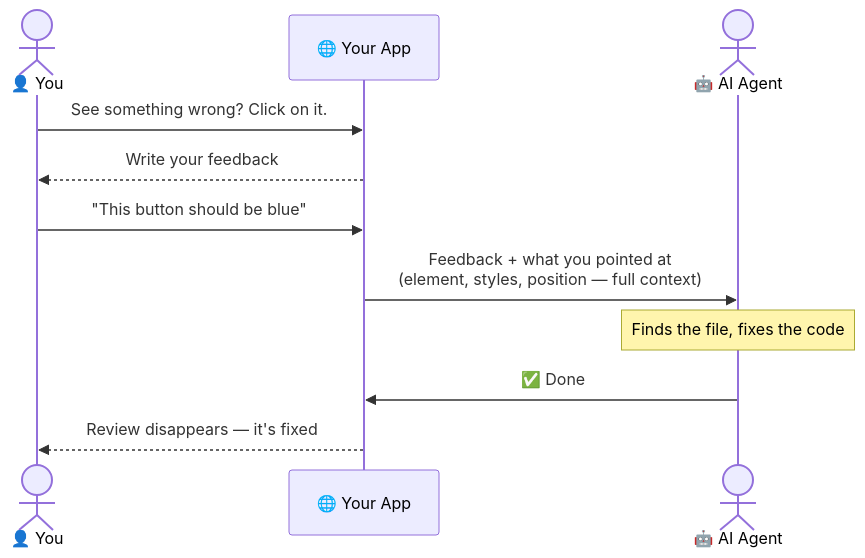
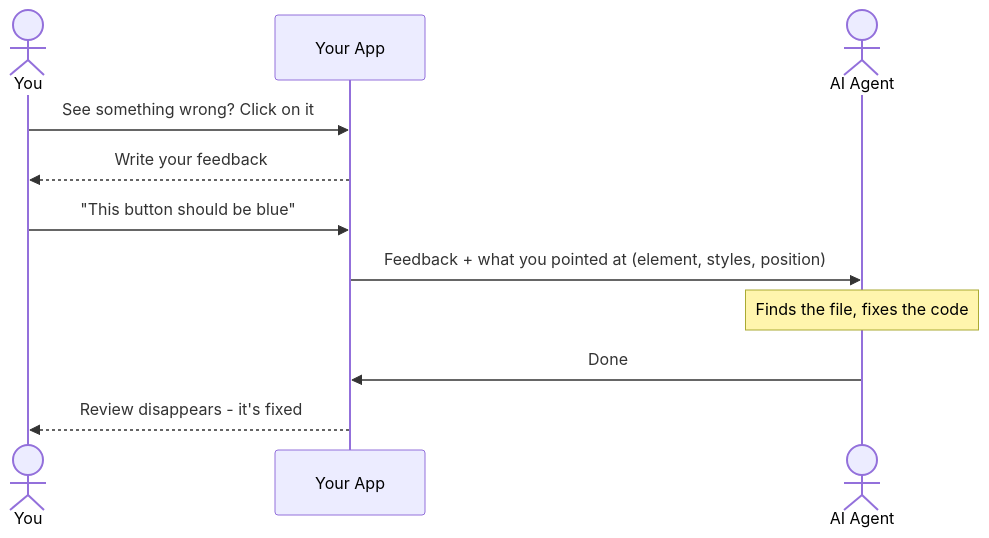
The first of 3 diagrams in README.md (0ics-srls/ui-ticket-mcp_public), drawn with Mermaid before and after one commit. The commit also changed other lines of this file, not shown here.

````diff
--- a/README.md
+++ b/README.md
@@ -9,14 +9,14 @@
 ```mermaid
 sequenceDiagram
-    actor You as 👤 You
-    participant App as 🌐 Your App
-    actor AI as 🤖 AI Agent
+    actor You
+    participant App as Your App
+    actor AI as AI Agent
 
-    You->>App: See something wrong? Click on it.
+    You->>App: See something wrong? Click on it
     App-->>You: Write your feedback
     You->>App: "This button should be blue"
-    App->>AI: Feedback + what you pointed at<br/>(element, styles, position — full context)
+    App->>AI: Feedback + what you pointed at (element, styles, position)
     Note over AI: Finds the file, fixes the code
-    AI->>App: ✅ Done
-    App-->>You: Review disappears — it's fixed
+    AI->>App: Done
+    App-->>You: Review disappears - it's fixed
 ```
````
